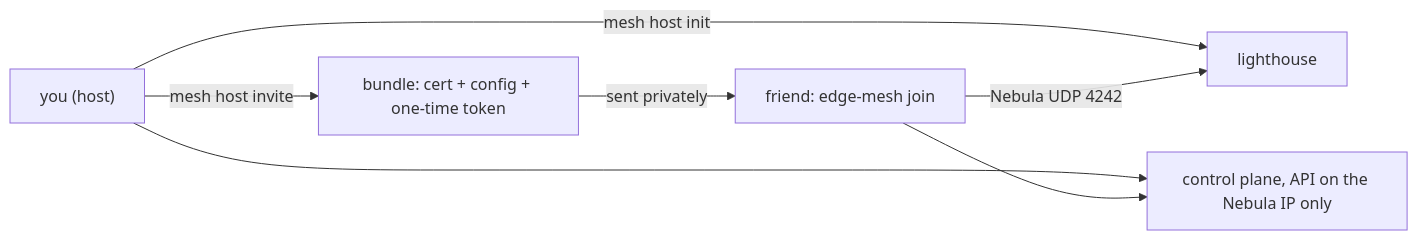
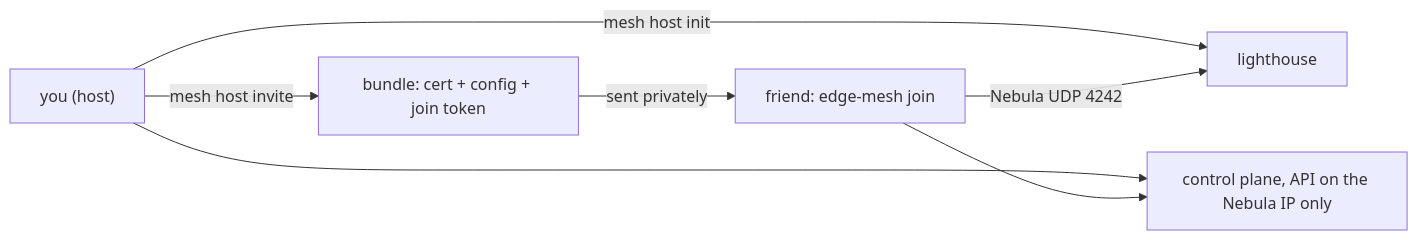
Before and after one commit to villadalmine/k8s-lan-party: the diagram in docs/HOST-YOUR-OWN.md, drawn with Mermaid. The commit also changed other lines of this file and 34 other files, not shown here.

````diff
--- a/docs/HOST-YOUR-OWN.md
+++ b/docs/HOST-YOUR-OWN.md
@@ -35,9 +35,9 @@
 ```mermaid
 flowchart LR
   H["you (host)"] -->|"mesh host init"| LH["lighthouse"]
   H --> CP["control plane, API on the Nebula IP only"]
-  H -->|"mesh host invite"| B["bundle: cert + config + one-time token"]
+  H -->|"mesh host invite"| B["bundle: cert + config + join token"]
   B -->|"sent privately"| P["friend: edge-mesh join"]
   P -->|"Nebula UDP 4242"| LH
   P --> CP
 ```
````
